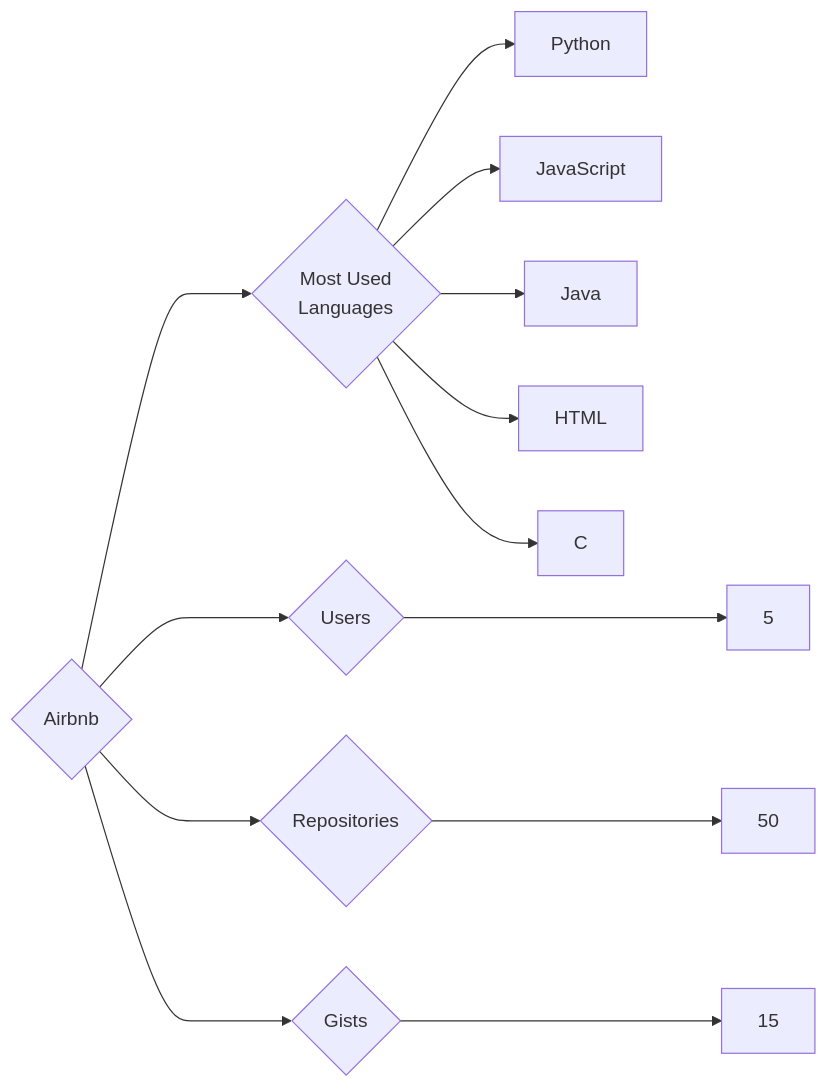
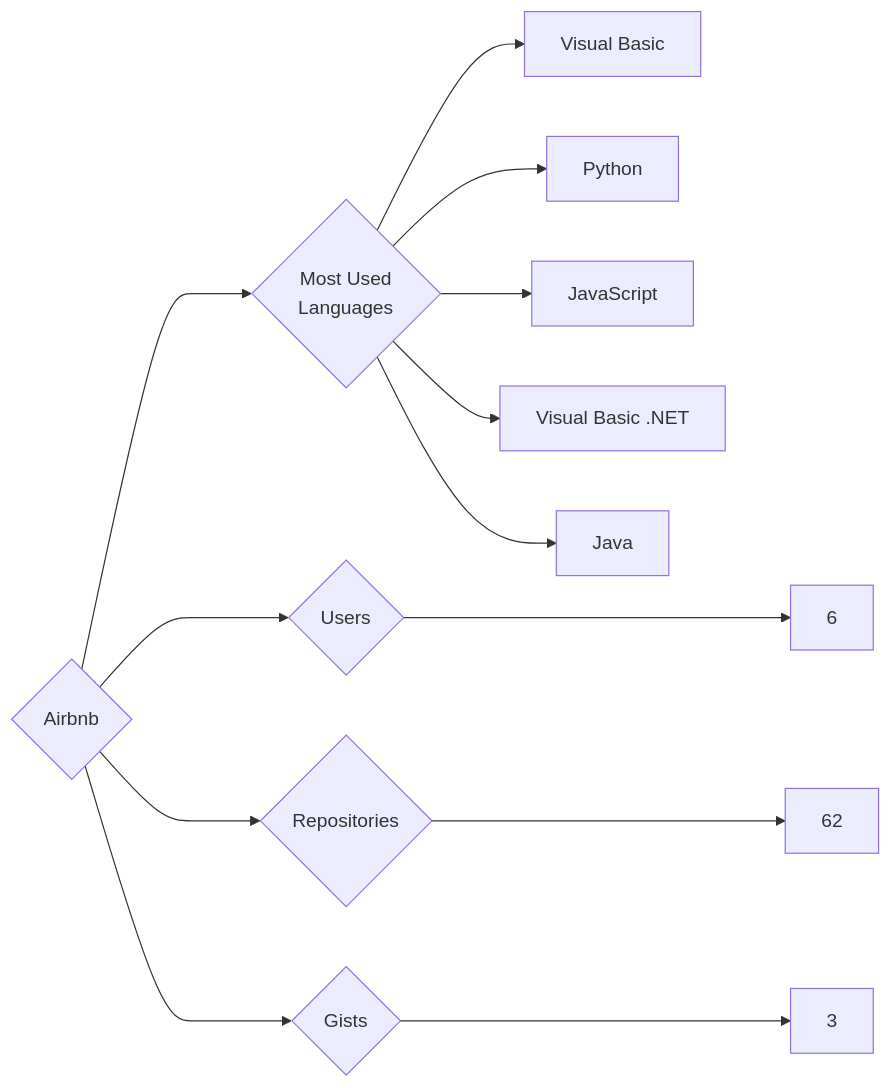
One commit to trickest/insiders changed the diagram in targets/Airbnb/README.md. Above: the diagram before and after it, drawn with Mermaid. The commit also changed 1167 other files, not shown here.

````diff
--- a/targets/Airbnb/README.md
+++ b/targets/Airbnb/README.md
@@ -3,13 +3,13 @@
 ```mermaid
 graph LR
 COMPANY_NAME{Airbnb}
-COMPANY_NAME ---> U{Users} ---> UN[5]
-COMPANY_NAME ---> R{Repositories} ---> RN[50]
-COMPANY_NAME ---> G{Gists} ---> GN[15]
+COMPANY_NAME ---> U{Users} ---> UN[6]
+COMPANY_NAME ---> R{Repositories} ---> RN[62]
+COMPANY_NAME ---> G{Gists} ---> GN[3]
 COMPANY_NAME ---> ML{Most Used<br>Languages}
+ML --> Visual_Basic[Visual Basic]
 ML --> Python[Python]
 ML --> JavaScript[JavaScript]
+ML --> Visual_Basic_.NET[Visual Basic .NET]
 ML --> Java[Java]
-ML --> HTML[HTML]
-ML --> C[C]
 ```
````
